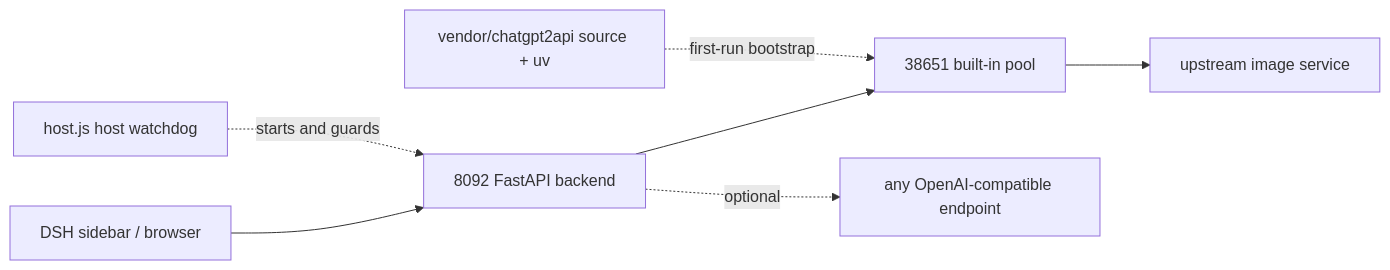
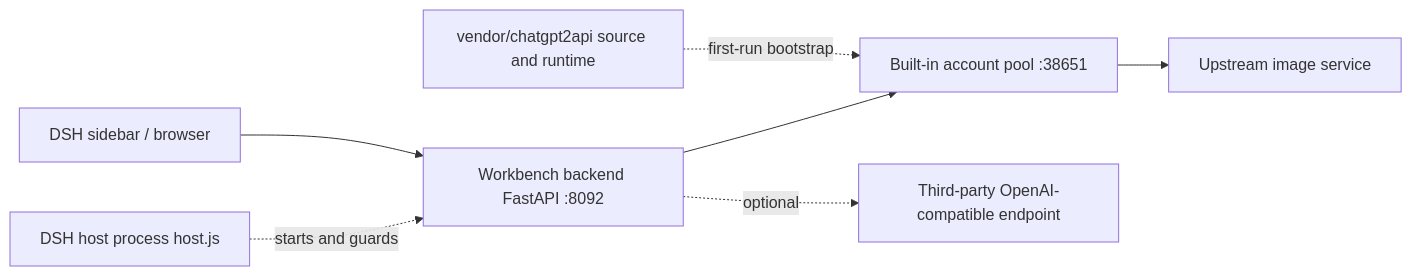
Before and after one commit to guohwa/dsh-plugin-image-workbench: the diagram in README.en.md, drawn with Mermaid. The commit also changed other lines of this file and 4 other files, not shown here.

````diff
--- a/README.en.md
+++ b/README.en.md
@@ -26,9 +42,9 @@
 ```mermaid
 flowchart LR
-  U["DSH sidebar / browser"] --> W["8092 FastAPI backend"]
-  H["host.js host watchdog"] -. starts and guards .-> W
-  W --> P["38651 built-in pool"]
-  V["vendor/chatgpt2api source + uv"] -. first-run bootstrap .-> P
-  P --> UP["upstream image service"]
-  W -. optional .-> API["any OpenAI-compatible endpoint"]
+  U["DSH sidebar / browser"] --> W["Workbench backend FastAPI :8092"]
+  H["DSH host process host.js"] -. starts and guards .-> W
+  V["vendor/chatgpt2api source and runtime"] -. first-run bootstrap .-> P
+  W --> P["Built-in account pool :38651"]
+  P --> UP["Upstream image service"]
+  W -. optional .-> API["Third-party OpenAI-compatible endpoint"]
 ```
````
